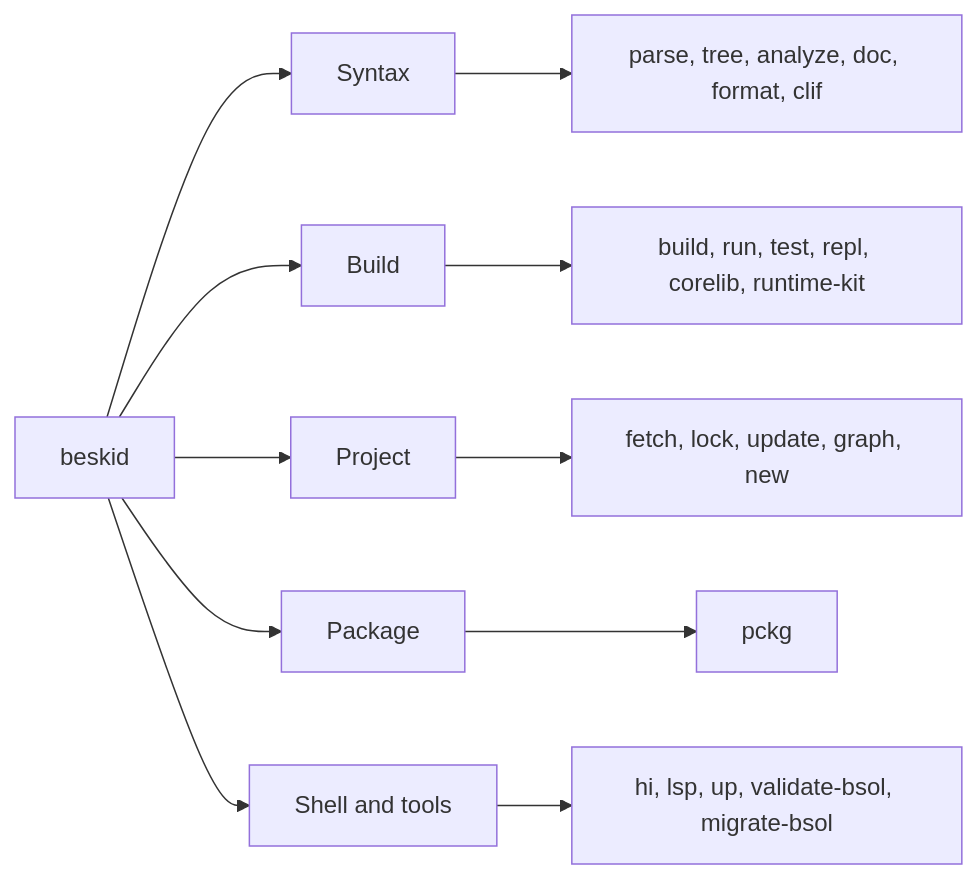
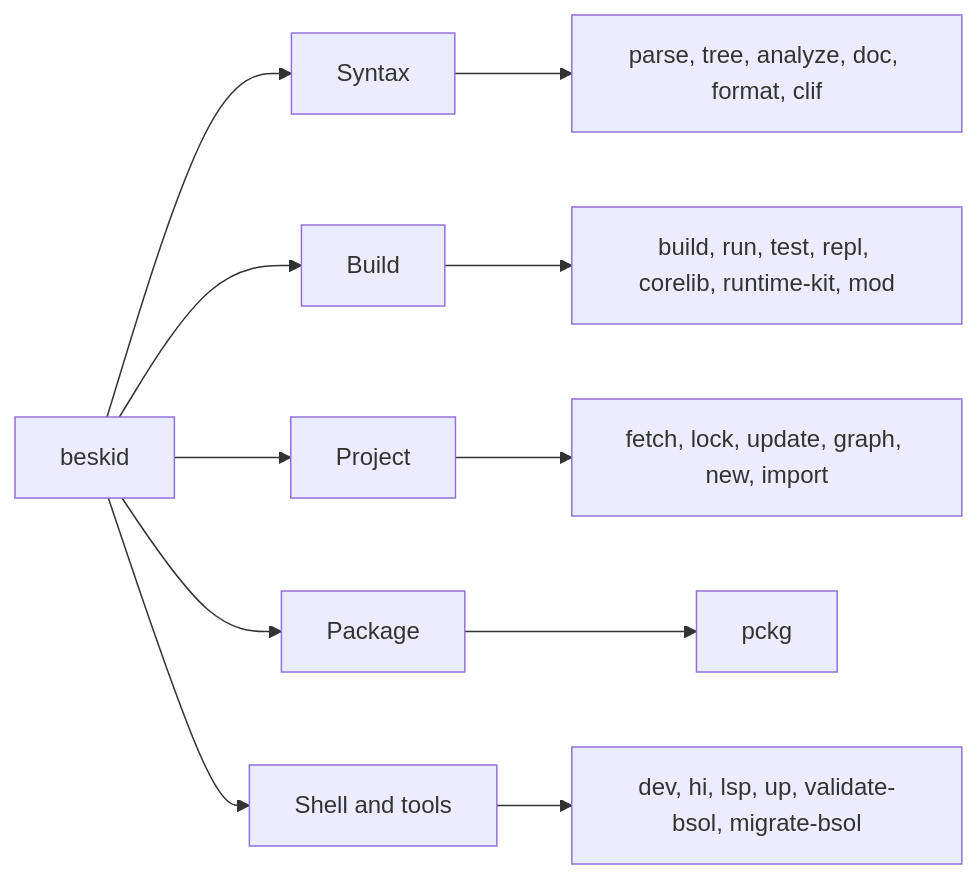
Before and after one commit to Cyber-Nomad-Collective/beskid: the diagram in site/website/src/content/docs/docs/tooling/index.md, drawn with Mermaid. The commit also changed 6 other files, not shown here.

First line of the commit message:
fix(website): correct diagram facts found in accuracy review (#278)

````diff
--- a/site/website/src/content/docs/docs/tooling/index.md
+++ b/site/website/src/content/docs/docs/tooling/index.md
@@ -43,15 +43,15 @@
 ```mermaid
 flowchart LR
   accTitle: CLI taxonomy
   accDescr: The Beskid CLI groups commands by domain. Syntax, build, project, package, and shell command groups each hold the commands for that task.
   root[beskid] --> S[Syntax]
   root --> B[Build]
   root --> P[Project]
   root --> K[Package]
   root --> H[Shell and tools]
   S --> S1["parse, tree, analyze, doc, format, clif"]
-  B --> B1["build, run, test, repl, corelib, runtime-kit"]
-  P --> P1["fetch, lock, update, graph, new"]
+  B --> B1["build, run, test, repl, corelib, runtime-kit, mod"]
+  P --> P1["fetch, lock, update, graph, new, import"]
   K --> K1["pckg"]
-  H --> H1["hi, lsp, up, validate-bsol, migrate-bsol"]
+  H --> H1["dev, hi, lsp, up, validate-bsol, migrate-bsol"]
 ```
````
